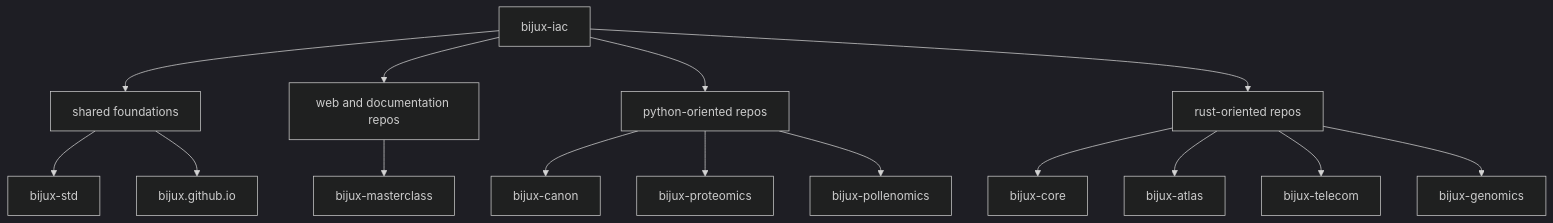
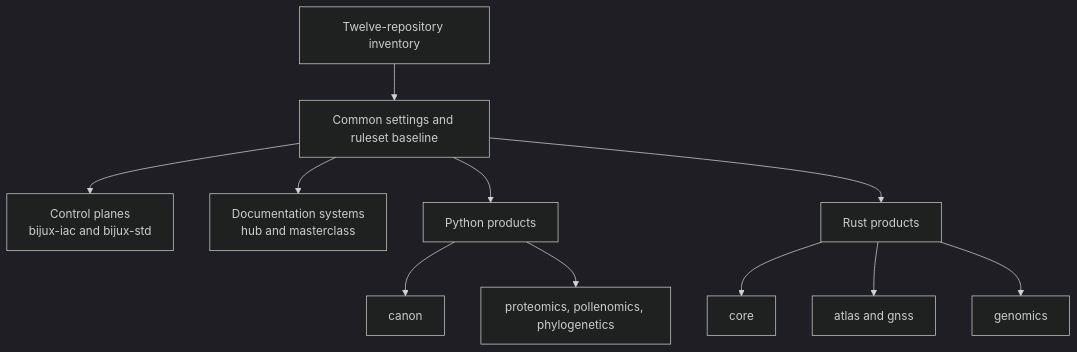
The diagram in docs/02-bijux-iac/repository-coverage/index.md (bijux/bijux.github.io), drawn with Mermaid (dark theme) before and after one commit. The commit also changed other lines of this file and 2 other files, not shown here.

````diff
--- a/docs/02-bijux-iac/repository-coverage/index.md
+++ b/docs/02-bijux-iac/repository-coverage/index.md
@@ -18,21 +42,13 @@
 ```mermaid
-graph TD
-    iac["bijux-iac"] --> foundations["shared foundations"]
-    iac --> web["web and documentation repos"]
-    iac --> python["python-oriented repos"]
-    iac --> rust["rust-oriented repos"]
-
-    foundations --> std["bijux-std"]
-    foundations --> hub["bijux.github.io"]
-
-    web --> masterclass["bijux-masterclass"]
-
-    python --> canon["bijux-canon"]
-    python --> proteomics["bijux-proteomics"]
-    python --> pollenomics["bijux-pollenomics"]
-
-    rust --> core["bijux-core"]
-    rust --> atlas["bijux-atlas"]
-    rust --> telecom["bijux-telecom"]
-    rust --> genomics["bijux-genomics"]
+flowchart TD
+    inventory["Twelve-repository inventory"] --> controls["Common settings and ruleset baseline"]
+    controls --> foundations["Control planes<br/>bijux-iac and bijux-std"]
+    controls --> docs["Documentation systems<br/>hub and masterclass"]
+    controls --> python["Python products"]
+    controls --> rust["Rust products"]
+    python --> canon["canon"]
+    python --> scientific["proteomics, pollenomics, phylogenetics"]
+    rust --> core["core"]
+    rust --> delivered["atlas and gnss"]
+    rust --> planned["genomics"]
 ```
````
